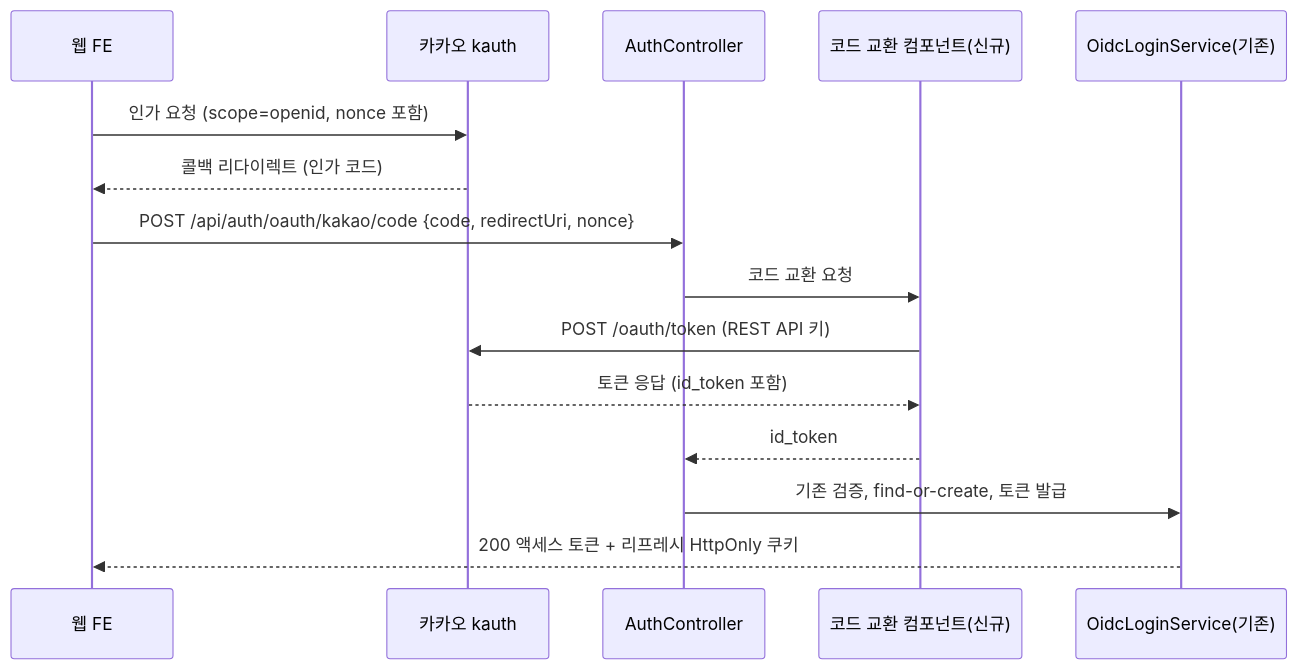
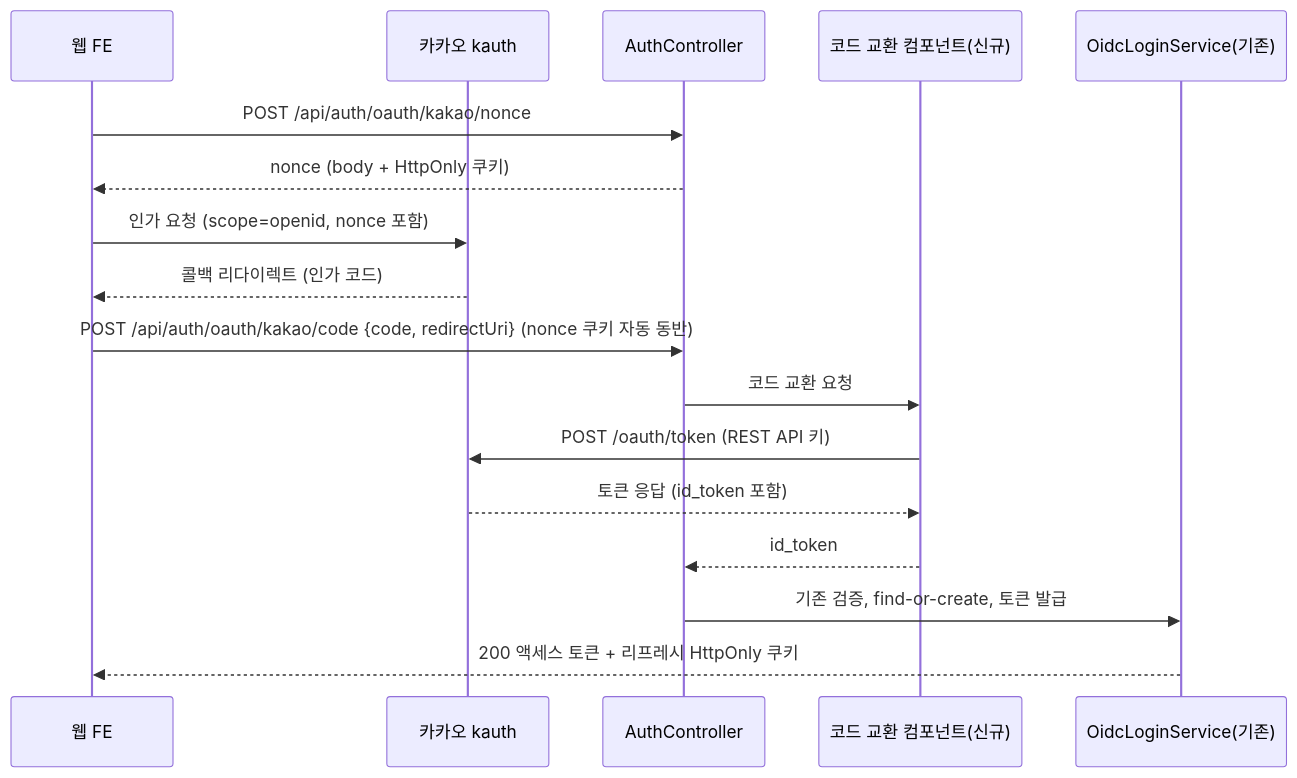
Before and after one commit to ASM-MSG/BE: the first of 2 diagrams in docs/prd/MSG-345-prd.md, drawn with Mermaid. The commit also changed other lines of this file and 1 other file, not shown here.

````diff
--- a/docs/prd/MSG-345-prd.md
+++ b/docs/prd/MSG-345-prd.md
@@ -51,18 +51,20 @@
 ```mermaid
 sequenceDiagram
     participant W as 웹 FE
     participant K as 카카오 kauth
     participant API as AuthController
     participant X as 코드 교환 컴포넌트(신규)
     participant O as OidcLoginService(기존)
 
+    W->>API: POST /api/auth/oauth/kakao/nonce
+    API-->>W: nonce (body + HttpOnly 쿠키)
     W->>K: 인가 요청 (scope=openid, nonce 포함)
     K-->>W: 콜백 리다이렉트 (인가 코드)
-    W->>API: POST /api/auth/oauth/kakao/code {code, redirectUri, nonce}
+    W->>API: POST /api/auth/oauth/kakao/code {code, redirectUri} (nonce 쿠키 자동 동반)
     API->>X: 코드 교환 요청
     X->>K: POST /oauth/token (REST API 키)
     K-->>X: 토큰 응답 (id_token 포함)
     X-->>API: id_token
     API->>O: 기존 검증, find-or-create, 토큰 발급
     O-->>W: 200 액세스 토큰 + 리프레시 HttpOnly 쿠키
 ```
````
